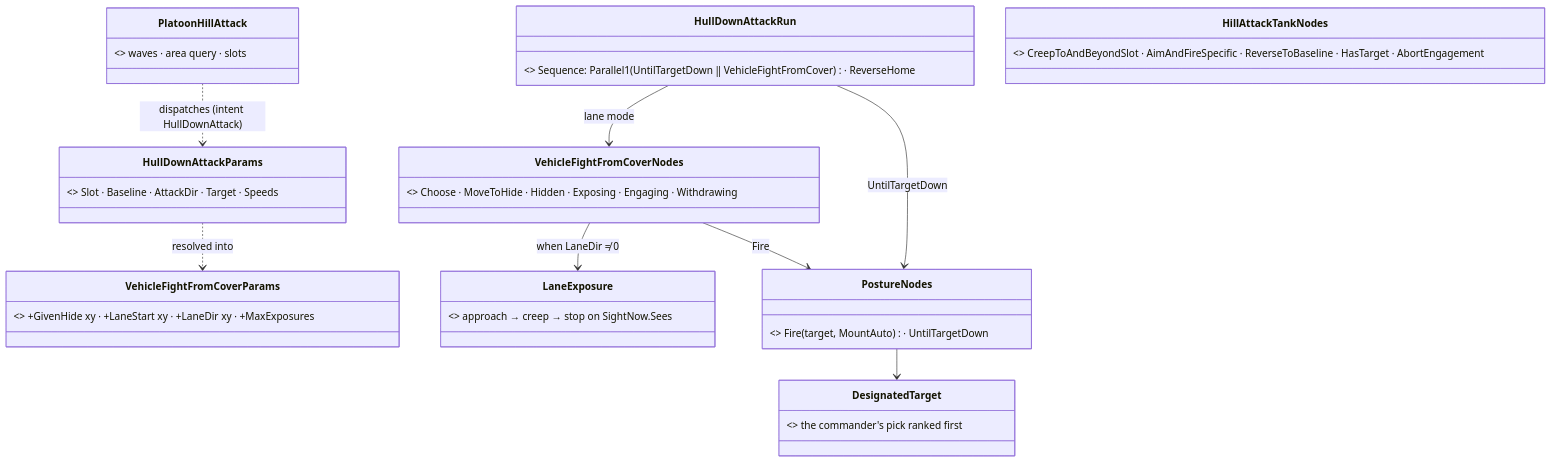
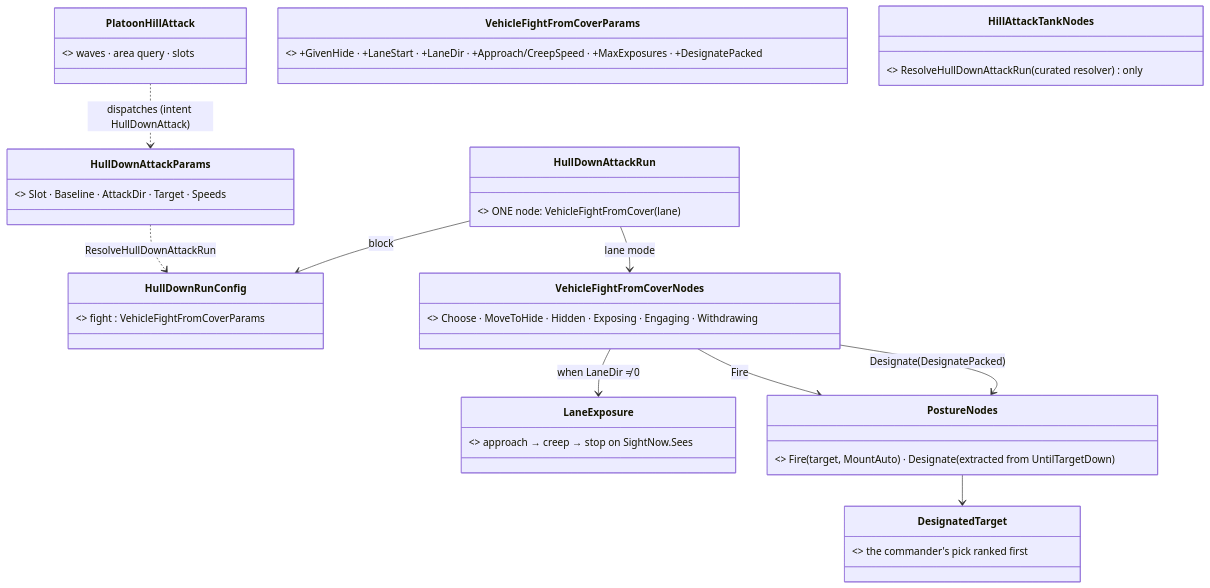
The first of 3 diagrams in docs/designs/hill-attack/DESIGN.md (pjanec/HROT), drawn with Mermaid before and after one commit. The commit also changed other lines of this file and 21 other files, not shown here.

````diff
--- a/docs/designs/hill-attack/DESIGN.md
+++ b/docs/designs/hill-attack/DESIGN.md
@@ -74,19 +74,21 @@
 ```mermaid
 classDiagram
   class PlatoonHillAttack { <<existing BTree, commander>> waves · area query · slots }
-  class HullDownAttackRun { <<existing BTree name, REBUILT>> Sequence: Parallel1(UntilTargetDown ‖ VehicleFightFromCover) · ReverseHome }
-  class VehicleFightFromCoverParams { <<existing, +4 fields>> +GivenHide xy · +LaneStart xy · +LaneDir xy · +MaxExposures }
+  class HullDownAttackRun { <<existing BTree name, REBUILT>> ONE node: VehicleFightFromCover(lane) }
+  class HullDownRunConfig { <<new block>> fight : VehicleFightFromCoverParams }
+  class VehicleFightFromCoverParams { <<existing, + lane fields>> +GivenHide · +LaneStart · +LaneDir · +Approach/CreepSpeed · +MaxExposures · +DesignatePacked }
   class VehicleFightFromCoverNodes { <<existing>> Choose · MoveToHide · Hidden · Exposing · Engaging · Withdrawing }
   class LaneExposure { <<new private step>> approach → creep → stop on SightNow.Sees }
-  class PostureNodes { <<existing>> Fire(target, MountAuto) · UntilTargetDown }
+  class PostureNodes { <<existing>> Fire(target, MountAuto) · Designate (extracted from UntilTargetDown) }
   class DesignatedTarget { <<existing>> the commander's pick ranked first }
   class HullDownAttackParams { <<existing DTO, trimmed>> Slot · Baseline · AttackDir · Target · Speeds }
-  class HillAttackTankNodes { <<existing — 5 nodes RETIRED>> CreepToAndBeyondSlot · AimAndFireSpecific · ReverseToBaseline · HasTarget · AbortEngagement }
+  class HillAttackTankNodes { <<existing — 5 nodes RETIRED>> ResolveHullDownAttackRun (curated resolver) only }
   PlatoonHillAttack ..> HullDownAttackParams : dispatches (intent HullDownAttack)
-  HullDownAttackRun --> PostureNodes : UntilTargetDown
+  HullDownAttackRun --> HullDownRunConfig : block
   HullDownAttackRun --> VehicleFightFromCoverNodes : lane mode
+  VehicleFightFromCoverNodes --> PostureNodes : Designate(DesignatePacked)
   VehicleFightFromCoverNodes --> LaneExposure : when LaneDir ≠ 0
   VehicleFightFromCoverNodes --> PostureNodes : Fire
   PostureNodes --> DesignatedTarget
-  HullDownAttackParams ..> VehicleFightFromCoverParams : resolved into
+  HullDownAttackParams ..> HullDownRunConfig : ResolveHullDownAttackRun
 ```
````
